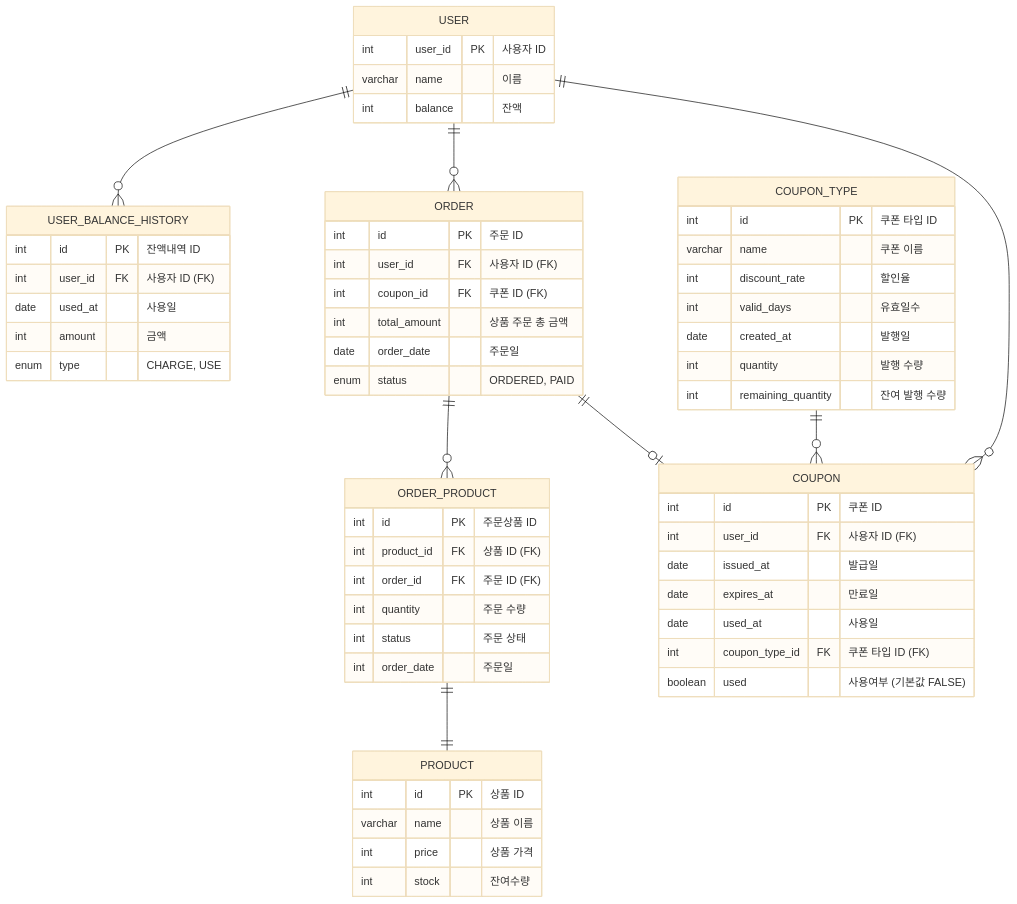
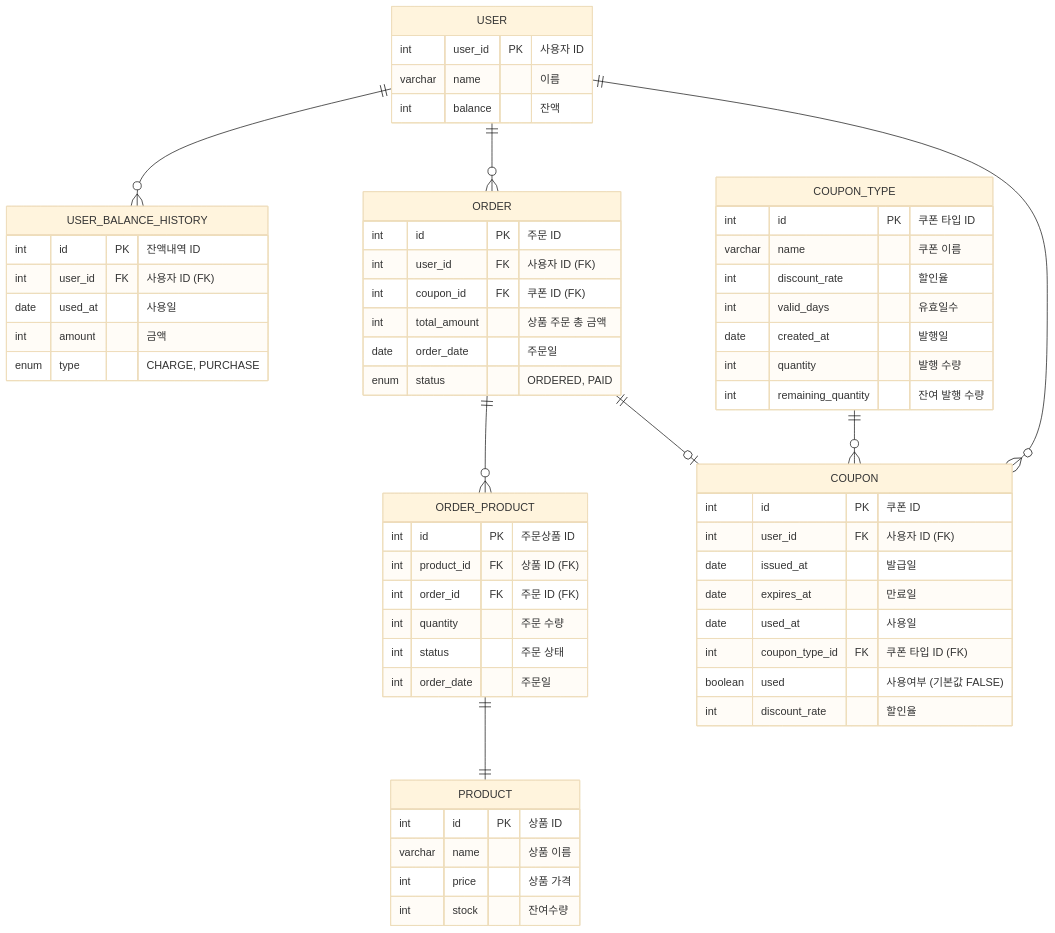
One commit to ssunnykku/e-commerce changed the diagram in docs/erd.md. Above: the diagram before and after it, drawn with Mermaid (base theme).

Commit message:
docs: erd 수정 (COUPON) 비정규화

````diff
--- a/docs/erd.md
+++ b/docs/erd.md
@@ -2,72 +2,73 @@
 ```mermaid
 erDiagram
     USER ||--o{ USER_BALANCE_HISTORY : ""
     USER ||--o{ ORDER : ""
     USER ||--o{ COUPON : ""
     ORDER ||--o{ ORDER_PRODUCT : ""
     ORDER ||--o| COUPON : ""
     ORDER_PRODUCT ||--|| PRODUCT : ""
     COUPON_TYPE ||--o{ COUPON : ""
 
     USER {
         int user_id PK "사용자 ID"
         varchar name "이름"
         int balance "잔액"
     }
     	
-     USER_BALANCE_HISTORY {
+    USER_BALANCE_HISTORY {
         int id PK "잔액내역 ID"
         int user_id FK "사용자 ID (FK)"
         date used_at "사용일"
         int amount "금액"
-        enum type "CHARGE, USE"
+        enum type "CHARGE, PURCHASE"
     }
-	
 	
     ORDER {
         int id PK "주문 ID"
         int user_id FK "사용자 ID (FK)"
         int coupon_id FK "쿠폰 ID (FK)"
         int total_amount "상품 주문 총 금액"
         date order_date "주문일"
         enum status "ORDERED, PAID"
     }
 
     ORDER_PRODUCT {
         int id PK "주문상품 ID"
         int product_id FK "상품 ID (FK)"
         int order_id FK "주문 ID (FK)"
         int quantity "주문 수량"
         int status "주문 상태"
         int order_date "주문일"
     }
 
     PRODUCT {
         int id PK "상품 ID"
         varchar name "상품 이름"
         int price "상품 가격"
         int stock "잔여수량"
     }
 
     COUPON {
         int id PK "쿠폰 ID"
         int user_id FK "사용자 ID (FK)"
         date issued_at "발급일"
         date expires_at "만료일"
         date used_at "사용일"
         int coupon_type_id FK "쿠폰 타입 ID (FK)"
         boolean used "사용여부 (기본값 FALSE)"
+        int discount_rate "할인율"
     }
 
     COUPON_TYPE {
         int id PK "쿠폰 타입 ID"
         varchar name "쿠폰 이름"
         int discount_rate "할인율"
         int valid_days "유효일수"
         date created_at "발행일"
         int quantity "발행 수량"
         int remaining_quantity "잔여 발행 수량"
     }
 
 
+
 ```
````
